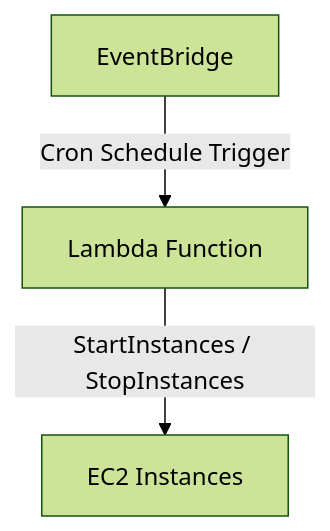
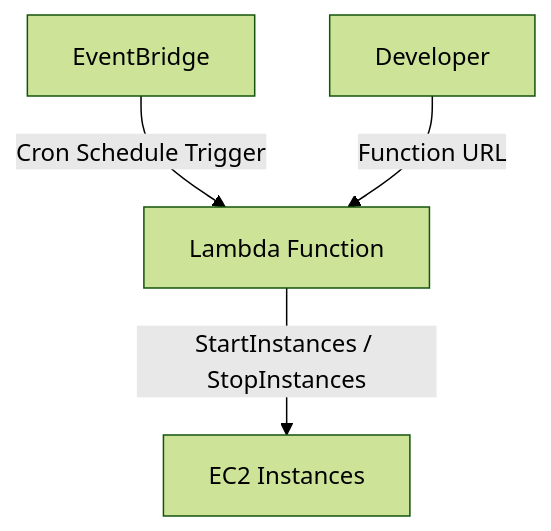
Diagram 15 of 15 in aws_lambda.md (susmitpy/talks), drawn with Mermaid (forest theme) before and after one commit. The commit also changed other lines of this file and 2 other files, not shown here.

````diff
--- a/aws_lambda.md
+++ b/aws_lambda.md
@@ -791,5 +709,6 @@
 ```mermaid{scale:1.5}
 graph TB
     EB[EventBridge] -->|Cron Schedule Trigger| LF[Lambda Function]
+    Dev[Developer] -->|Function URL| LF
     LF -->|StartInstances / StopInstances| EC2[EC2 Instances]
 ```
````
